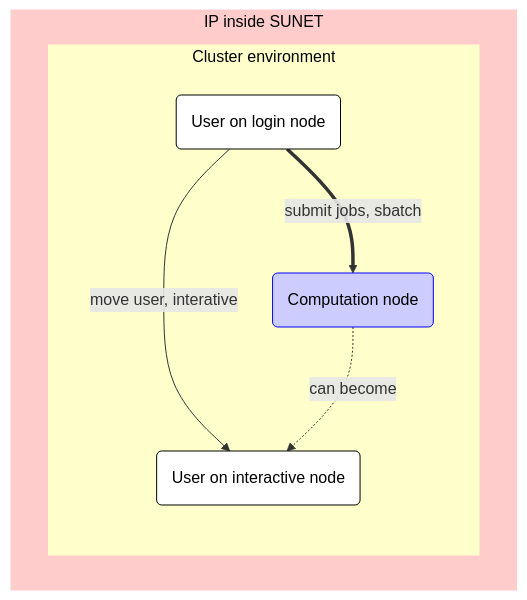
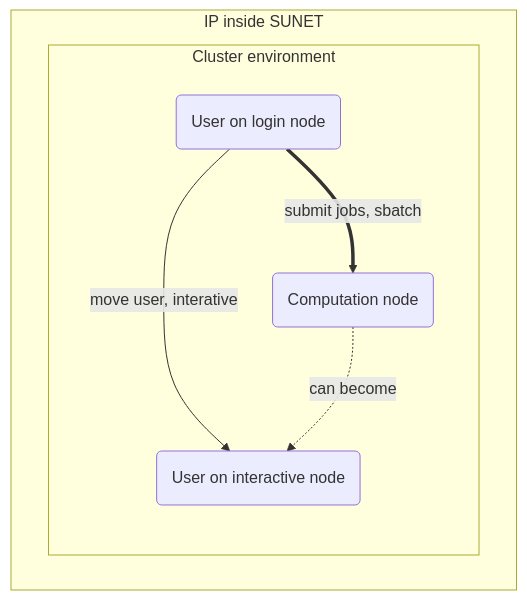
One commit to UPPMAX/UPPMAX-documentation changed the diagram in docs/cluster_guides/slurm.md. Above: the diagram before and after it, drawn with Mermaid.

Commit message:
Use default colors

````diff
--- a/docs/cluster_guides/slurm.md
+++ b/docs/cluster_guides/slurm.md
@@ -32,27 +32,14 @@
 ```mermaid
 flowchart TD
+  subgraph sub_inside[IP inside SUNET]
+    subgraph sub_cluster_env[Cluster environment]
+      login_node(User on login node)
+      interactive_node(User on interactive node)
+      computation_node(Computation node):::calculation_node
+    end
+  end
 
-    %% Give a white background to all nodes, instead of a transparent one
-    classDef node fill:#fff,color:#000,stroke:#000
-
-    %% Graph nodes for files and calculations
-    classDef file_node fill:#fcf,color:#000,stroke:#f0f
-    classDef calculation_node fill:#ccf,color:#000,stroke:#00f
-
-    subgraph sub_inside[IP inside SUNET]
-      subgraph sub_cluster_env[Cluster environment]
-        login_node(User on login node)
-        interactive_node(User on interactive node)
-        computation_node(Computation node):::calculation_node
-      end
-    end
-
-    %% Shared subgraph color scheme
-    %% style sub_outside fill:#ccc,color:#000,stroke:#ccc
-    style sub_inside fill:#fcc,color:#000,stroke:#fcc
-    style sub_cluster_env fill:#ffc,color:#000,stroke:#ffc
-
-    login_node --> |move user, interative|interactive_node
-    login_node ==> |submit jobs, sbatch|computation_node
-    computation_node -.-> |can become| interactive_node
+  login_node --> |move user, interative|interactive_node
+  login_node ==> |submit jobs, sbatch|computation_node
+  computation_node -.-> |can become| interactive_node
 ```
````
